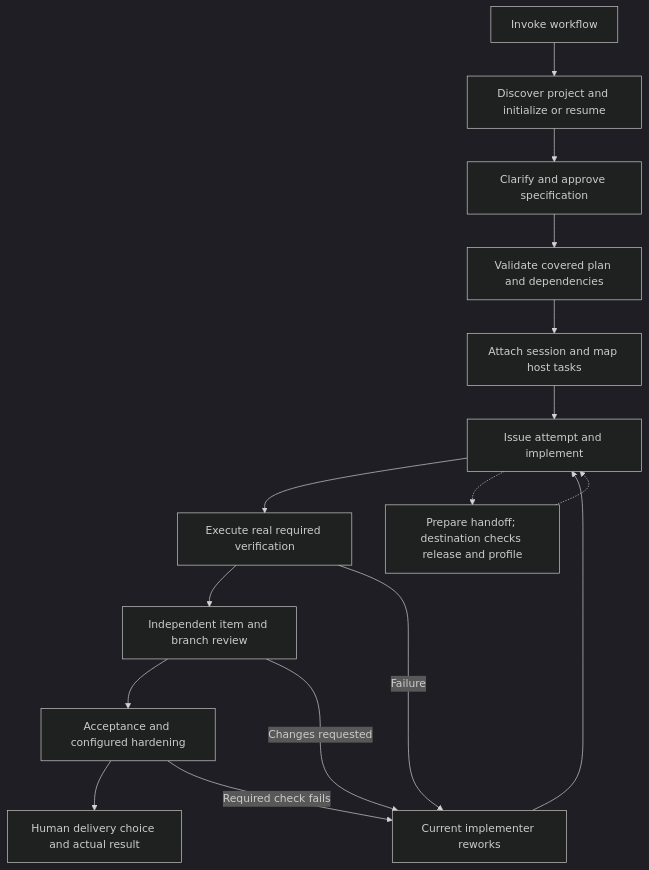
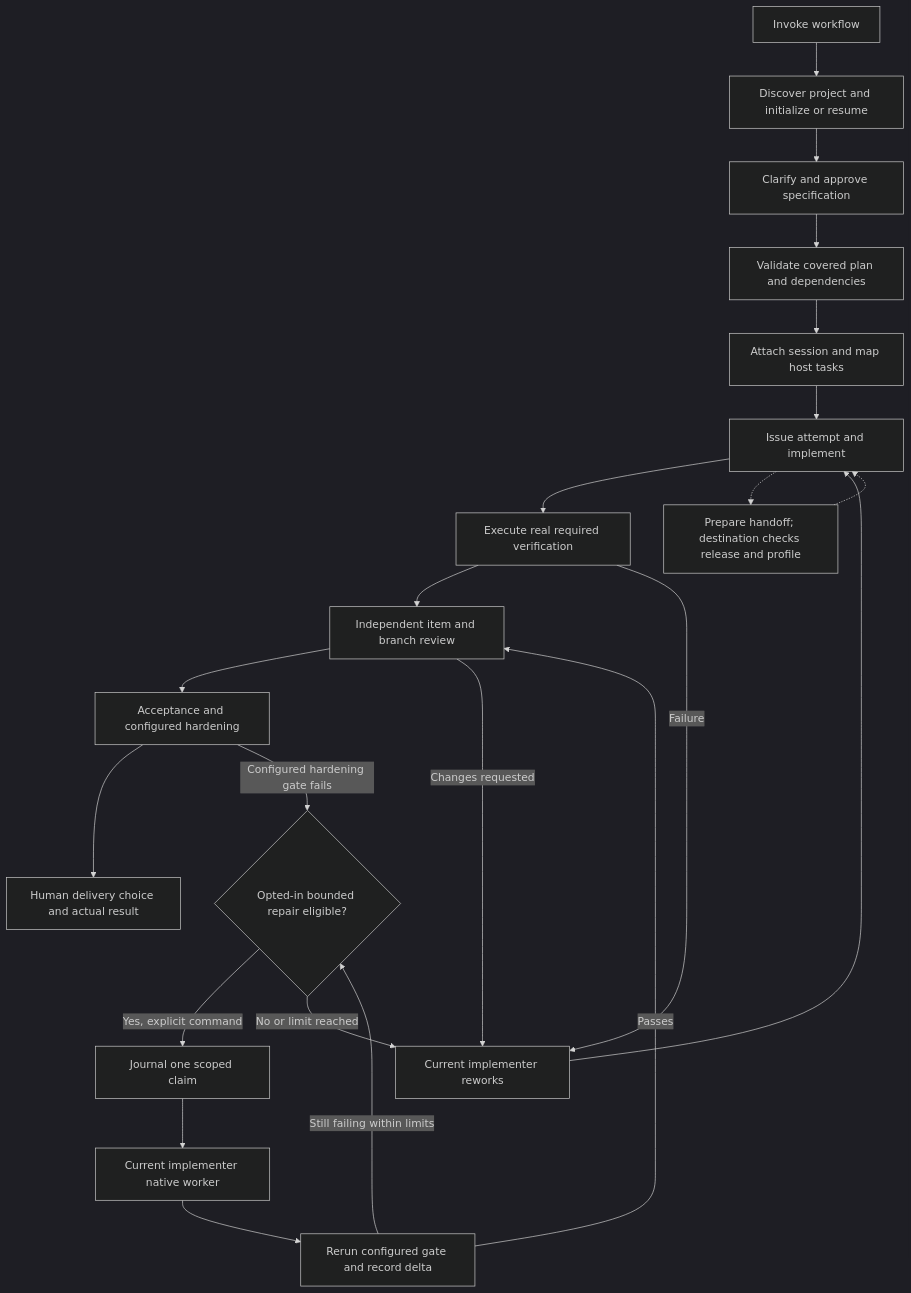
The diagram in docs/setup-and-usage.md (wgentil/devflow), drawn with Mermaid (dark theme) before and after one commit. The commit also changed other lines of this file and 21 other files, not shown here.

Commit message:
feat: run bounded native repair cycles and enforce leases

````diff
--- a/docs/setup-and-usage.md
+++ b/docs/setup-and-usage.md
@@ -42,18 +42,24 @@
 ```mermaid
 flowchart TD
     Invoke[Invoke workflow] --> Init[Discover project and initialize or resume]
     Init --> Spec[Clarify and approve specification]
     Spec --> Plan[Validate covered plan and dependencies]
     Plan --> Attach[Attach session and map host tasks]
     Attach --> Work[Issue attempt and implement]
     Work --> Proof[Execute real required verification]
     Proof --> Review[Independent item and branch review]
     Review --> Accept[Acceptance and configured hardening]
     Accept --> Deliver[Human delivery choice and actual result]
     Proof -->|Failure| Fix[Current implementer reworks]
     Review -->|Changes requested| Fix
-    Accept -->|Required check fails| Fix
+    Accept -->|Configured hardening gate fails| Repair{Opted-in bounded repair eligible?}
+    Repair -->|Yes, explicit command| Claim[Journal one scoped claim]
+    Claim --> Worker[Current implementer native worker]
+    Worker --> Recheck[Rerun configured gate and record delta]
+    Recheck -->|Still failing within limits| Repair
+    Recheck -->|Passes| Review
+    Repair -->|No or limit reached| Fix
     Fix --> Work
     Work -.-> Transfer[Prepare handoff; destination checks release and profile]
     Transfer -.-> Work
 ```
````
